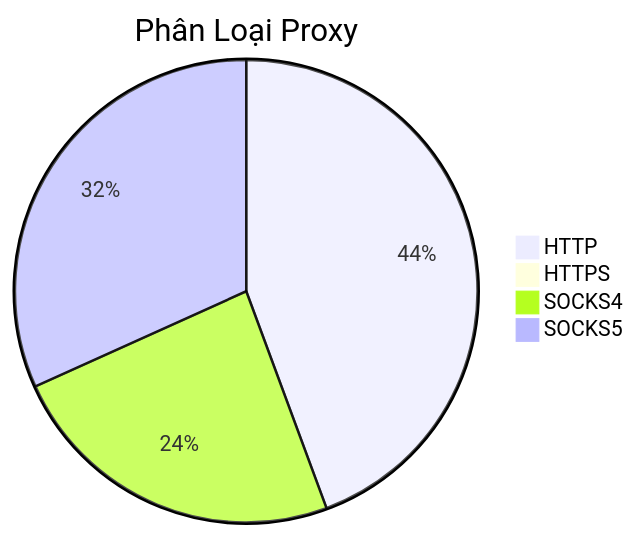
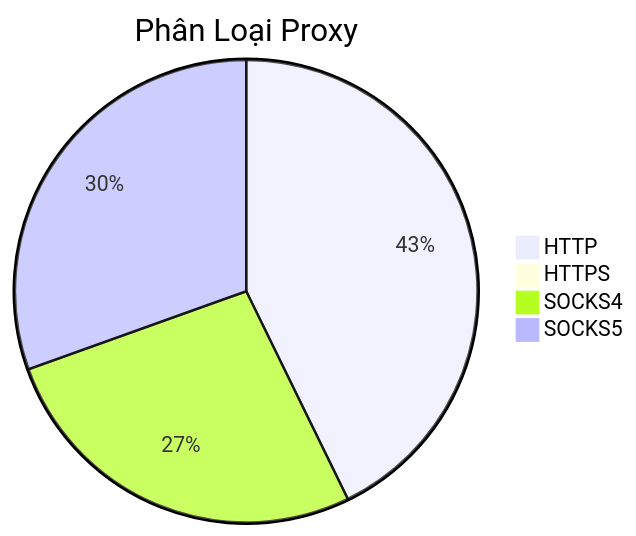
One commit to Ciara-12/PROXY-free changed the diagram in README.md. Above: the diagram before and after it, drawn with Mermaid. The commit also changed other lines of this file and 3 other files, not shown here.

````diff
--- a/README.md
+++ b/README.md
@@ -26,7 +26,7 @@
 ```mermaid
 pie title Phân Loại Proxy
-    "HTTP" : 464
+    "HTTP" : 449
     "HTTPS" : 0
-    "SOCKS4" : 250
-    "SOCKS5" : 332
+    "SOCKS4" : 281
+    "SOCKS5" : 320
 ```
````
